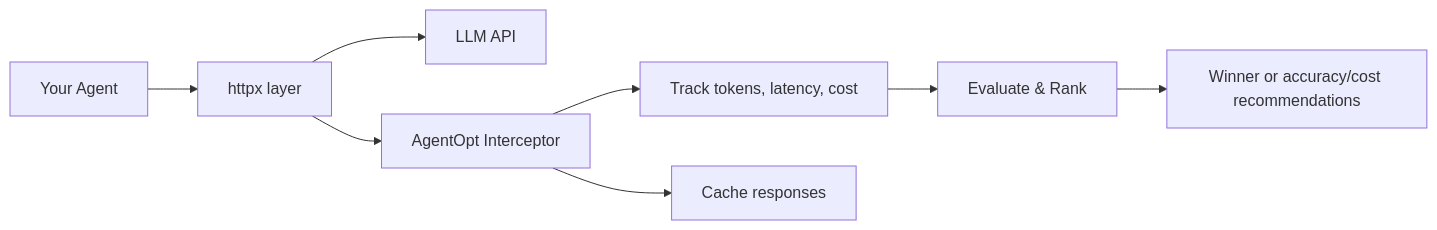
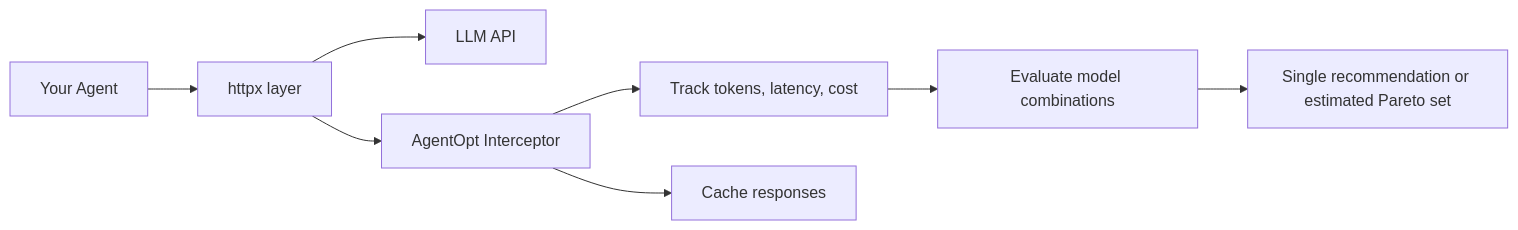
One commit to AgentOptimizer/agentopt changed the diagram in docs/index.md. Above: the diagram before and after it, drawn with Mermaid. The commit also changed other lines of this file and 2 other files, not shown here.

First line of the commit message:
docs: clarify model combination search and Pareto recommendations (#129)

````diff
--- a/docs/index.md
+++ b/docs/index.md
@@ -144,10 +143,10 @@
 ```mermaid
 graph LR
     A["Your Agent"] --> B["httpx layer"]
     B --> C["LLM API"]
     B --> D["AgentOpt Interceptor"]
     D --> E["Track tokens, latency, cost"]
     D --> F["Cache responses"]
-    E --> G["Evaluate & Rank"]
-    G --> H["Winner or accuracy/cost recommendations"]
+    E --> G["Evaluate model combinations"]
+    G --> H["Single recommendation or estimated Pareto set"]
 ```
````
